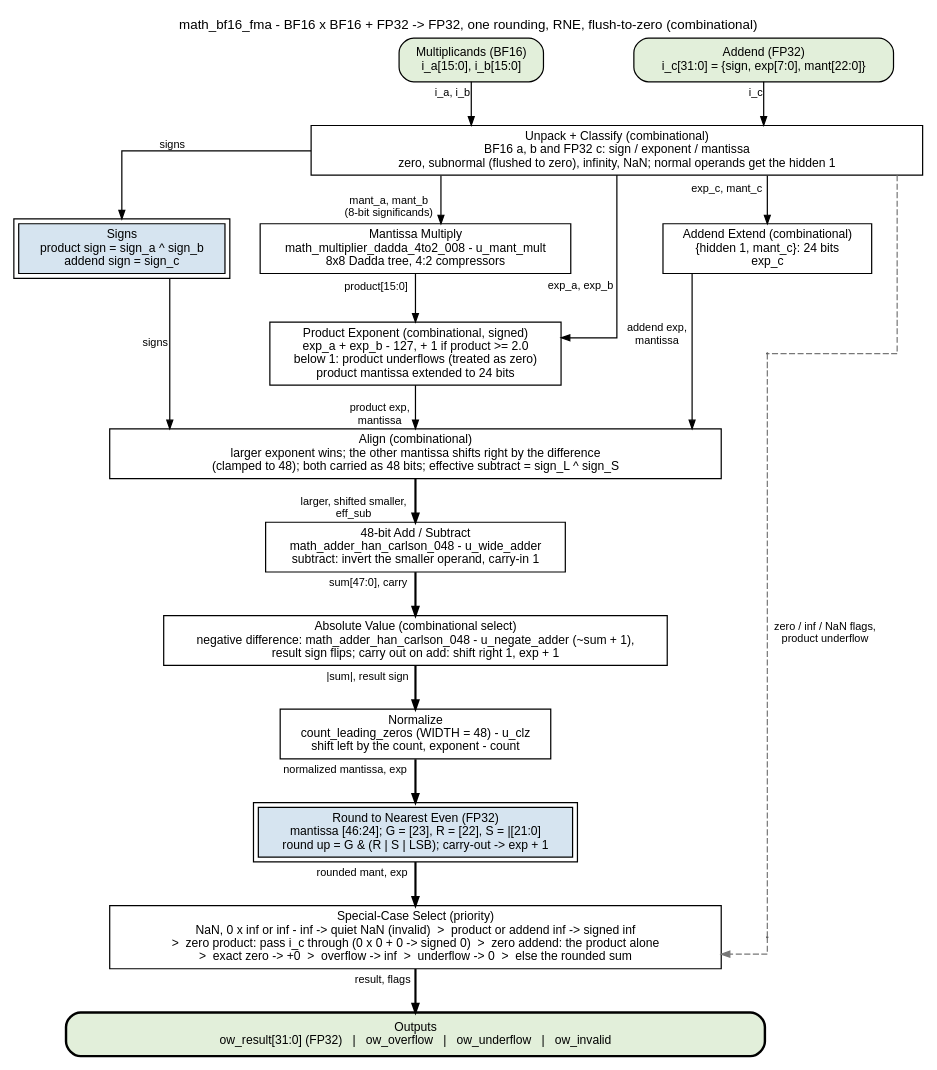
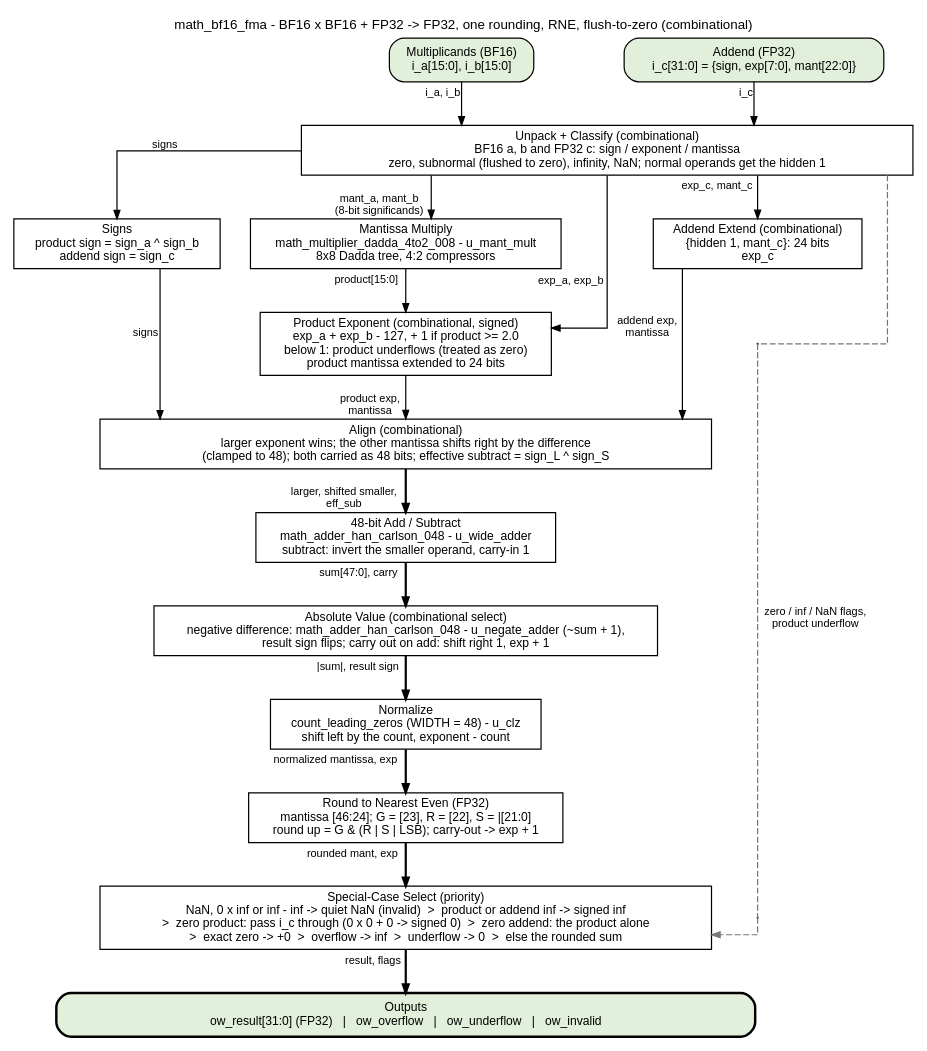
The diagram in docs/markdown/assets/rtl-math/graphviz/math_bf16_fma.dot (sean-galloway/RTLDesignSherpa), drawn with Graphviz before and after one commit. The commit also changed 85 other files, not shown here.

```diff
--- a/docs/markdown/assets/rtl-math/graphviz/math_bf16_fma.dot
+++ b/docs/markdown/assets/rtl-math/graphviz/math_bf16_fma.dot
@@ -1,83 +1,83 @@
 // math_bf16_fma block diagram - house style
 // (vault/handbook/authoring/block-diagrams.md).
 // Fully combinational. Left column: the BF16 product (Dadda multiply, product
 // exponent with underflow detect). Right column: the FP32 addend. They meet
 // at the align block (the smaller-exponent operand shifts right), then a
 // single center column: 48-bit add/subtract, absolute value, normalize,
 // RNE round, special-case select, FP32 pack. The sign path runs as a thin
 // column on the far left; classification flags ride a dashed lane on the
 // right to the final select.
 // Source of truth: rtl/math/math_bf16_fma.sv (generated by
 // bin/rtl_generators/bf16/bf16_fma.py).
 digraph math_bf16_fma {
     graph [rankdir=TB, bgcolor="white", fontname="Helvetica", fontsize=11,
            nodesep="0.35", ranksep="0.50", splines=ortho, newrank=true,
            labelloc=t, labeljust=c];
     node  [fontname="Helvetica", fontsize=10, shape=box, style=filled,
            fillcolor="white", color="black", margin="0.12,0.06"];
     edge  [fontname="Helvetica", fontsize=9, color="black", arrowsize=0.7];
     label="math_bf16_fma - BF16 x BF16 + FP32 -> FP32, one rounding, RNE, flush-to-zero (combinational)";
 
     // ---- inputs (white) ----
     ab_in [label="Multiplicands (BF16)\ni_a[15:0], i_b[15:0]", fillcolor="white", style="rounded,filled", fillcolor="#E2EFDA"];
     c_in  [label="Addend (FP32)\ni_c[31:0] = {sign, exp[7:0], mant[22:0]}", fillcolor="white", style="rounded,filled", fillcolor="#E2EFDA"];
 
     // ---- unpack ----
     unp [group=C, width=7.0, label="Unpack + Classify (combinational)\nBF16 a, b and FP32 c: sign / exponent / mantissa\nzero, subnormal (flushed to zero), infinity, NaN; normal operands get the hidden 1", style="filled", fillcolor="white"];
 
     // ---- product path (left) ----
-    sgn [group=S, label="Signs\nproduct sign = sign_a ^ sign_b\naddend sign = sign_c", peripheries=2, style="filled", fillcolor="#D6E4F0"];
+    sgn [group=S, label="Signs\nproduct sign = sign_a ^ sign_b\naddend sign = sign_c", style="filled", fillcolor="white"];
     mul [group=P, label="Mantissa Multiply\nmath_multiplier_dadda_4to2_008 - u_mant_mult\n8x8 Dadda tree, 4:2 compressors", style="filled", fillcolor="white"];
     pex [group=P, label="Product Exponent (combinational, signed)\nexp_a + exp_b - 127, + 1 if product >= 2.0\nbelow 1: product underflows (treated as zero)\nproduct mantissa extended to 24 bits", style="filled", fillcolor="white"];
 
     // ---- addend path (right) ----
     cex [group=Q, label="Addend Extend (combinational)\n{hidden 1, mant_c}: 24 bits\nexp_c", style="filled", fillcolor="white"];
 
     // ---- join + center column ----
     aln [group=C, width=7.0, label="Align (combinational)\nlarger exponent wins; the other mantissa shifts right by the difference\n(clamped to 48); both carried as 48 bits; effective subtract = sign_L ^ sign_S", style="filled", fillcolor="white"];
     add [group=C, label="48-bit Add / Subtract\nmath_adder_han_carlson_048 - u_wide_adder\nsubtract: invert the smaller operand, carry-in 1", style="filled", fillcolor="white"];
     abv [group=C, label="Absolute Value (combinational select)\nnegative difference: math_adder_han_carlson_048 - u_negate_adder (~sum + 1),\nresult sign flips; carry out on add: shift right 1, exp + 1", style="filled", fillcolor="white"];
     nrm [group=C, label="Normalize\ncount_leading_zeros (WIDTH = 48) - u_clz\nshift left by the count, exponent - count", style="filled", fillcolor="white"];
-    rnd [group=C, label="Round to Nearest Even (FP32)\nmantissa [46:24]; G = [23], R = [22], S = |[21:0]\nround up = G & (R | S | LSB); carry-out -> exp + 1", peripheries=2, style="filled", fillcolor="#D6E4F0"];
+    rnd [group=C, label="Round to Nearest Even (FP32)\nmantissa [46:24]; G = [23], R = [22], S = |[21:0]\nround up = G & (R | S | LSB); carry-out -> exp + 1", style="filled", fillcolor="white"];
     sel [group=C, width=7.0, label="Special-Case Select (priority)\nNaN, 0 x inf or inf - inf -> quiet NaN (invalid)  >  product or addend inf -> signed inf\n>  zero product: pass i_c through (0 x 0 + 0 -> signed 0)  >  zero addend: the product alone\n>  exact zero -> +0  >  overflow -> inf  >  underflow -> 0  >  else the rounded sum", style="filled", fillcolor="white"];
 
     bar [label="Outputs\now_result[31:0] (FP32)   |   ow_overflow   |   ow_underflow   |   ow_invalid",
          fillcolor="white", width=8.0, style="rounded,filled,bold", fillcolor="#E2EFDA"];
 
     // ---- flows ----
     ab_in -> unp [xlabel="i_a, i_b"];
     c_in  -> unp [xlabel="i_c"];
     unp -> sgn  [xlabel="signs"];
     unp -> mul  [xlabel="mant_a, mant_b\n(8-bit significands)"];
     unp -> pex  [xlabel="exp_a, exp_b"];
     mul -> pex  [xlabel="product[15:0]"];
     unp -> cex  [xlabel="exp_c, mant_c"];
     pex -> aln  [xlabel="product exp,\nmantissa"];
     cex -> aln  [xlabel="addend exp,\nmantissa"];
     sgn -> aln  [xlabel="signs"];
     aln -> add  [xlabel="larger, shifted smaller,\neff_sub", penwidth=1.8];
     add -> abv  [xlabel="sum[47:0], carry", penwidth=1.8];
     abv -> nrm  [xlabel="|sum|, result sign", penwidth=1.8];
     nrm -> rnd  [xlabel="normalized mantissa, exp", penwidth=1.8];
     rnd -> sel  [xlabel="rounded mant, exp", penwidth=1.8];
     sel -> bar  [xlabel="result, flags", penwidth=1.8];
 
     // ---- dashed lane: classification flags + product underflow ----
     p0 [shape=point, width=0.01, group=F];
     p1 [shape=point, width=0.01, group=F];
     unp -> p0 [arrowhead=none, headclip=false, style=dashed, color="#777777"];
     p0 -> p1  [arrowhead=none, headclip=false, tailclip=false, style=dashed, color="#777777",
                xlabel="zero / inf / NaN flags,\nproduct underflow"];
     p1 -> sel [style=dashed, color="#777777", tailclip=false];
     pex -> p0 [style=invis];
 
     // ---- rank pinning ----
     { rank=same; ab_in; c_in; }
     { rank=same; sgn; mul; cex; }
     { rank=same; pex; p0; }
     { rank=same; sel; p1; }
     ab_in -> c_in [style=invis, minlen=3];
     sgn -> mul [style=invis];
     mul -> cex [style=invis, minlen=3];
     sel -> p1 [style=invis];
 }
```
